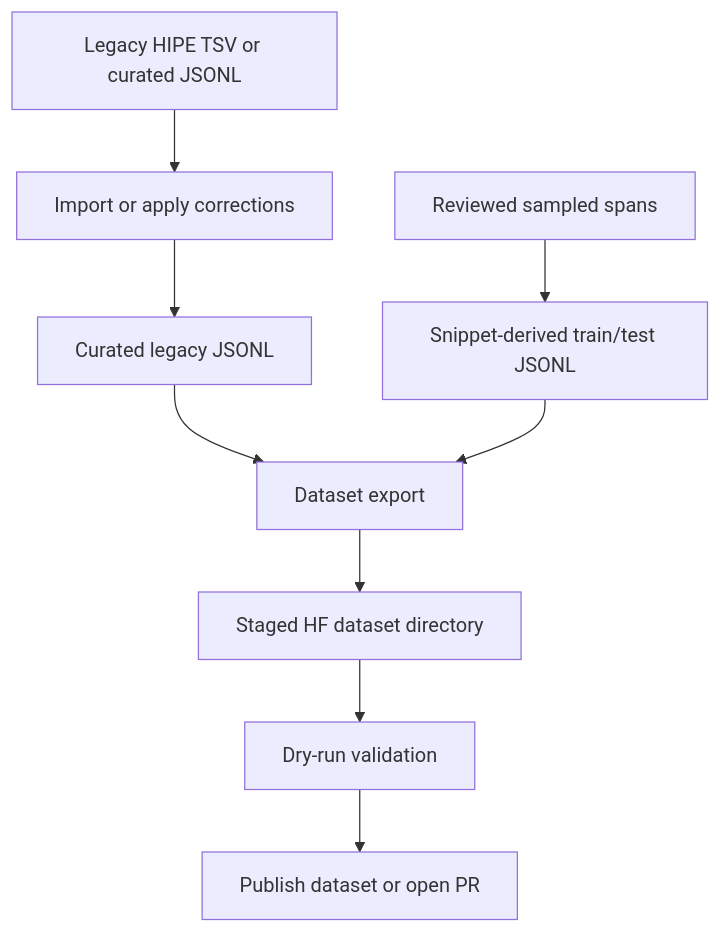
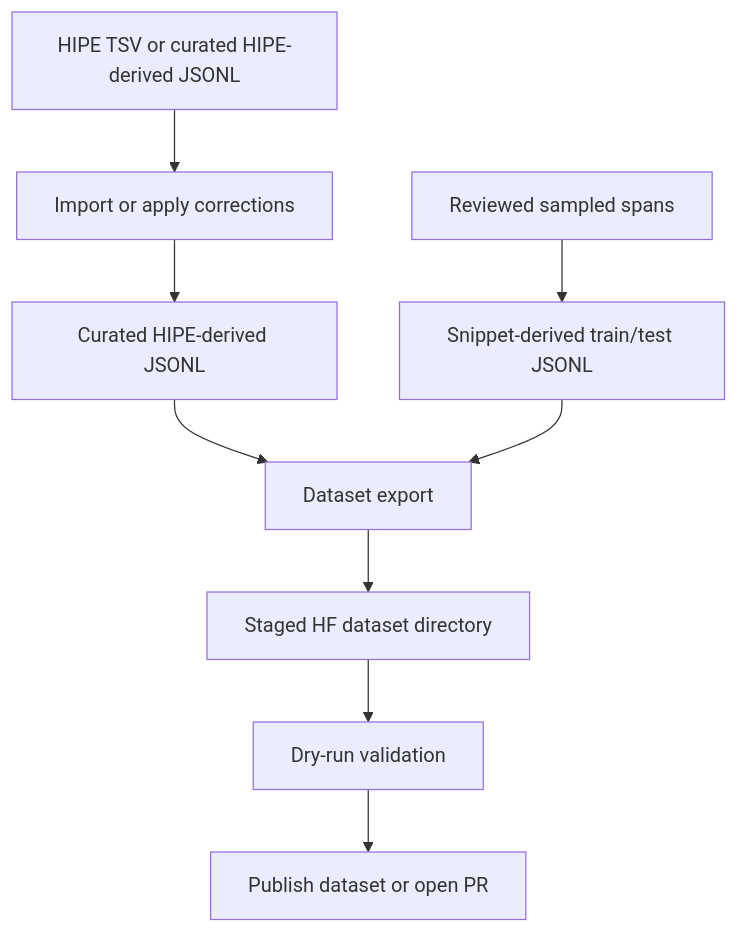
One commit to impresso/impresso-mediasources-ner-workbench changed the second of 6 diagrams in docs/workflows.md. Above: the diagram before and after it, drawn with Mermaid. The commit also changed other lines of this file and 5 other files, not shown here.

First line of the commit message:
Clarify HIPE-derived vs legacy terminology

````diff
--- a/docs/workflows.md
+++ b/docs/workflows.md
@@ -31,11 +33,11 @@
 ```mermaid
 flowchart TD
-  A[Legacy HIPE TSV or curated JSONL] --> B[Import or apply corrections]
-  B --> C[Curated legacy JSONL]
+  A[HIPE TSV or curated HIPE-derived JSONL] --> B[Import or apply corrections]
+  B --> C[Curated HIPE-derived JSONL]
   D[Reviewed sampled spans] --> E[Snippet-derived train/test JSONL]
   C --> F[Dataset export]
   E --> F
   F --> G[Staged HF dataset directory]
   G --> H[Dry-run validation]
   H --> I[Publish dataset or open PR]
 ```
````
